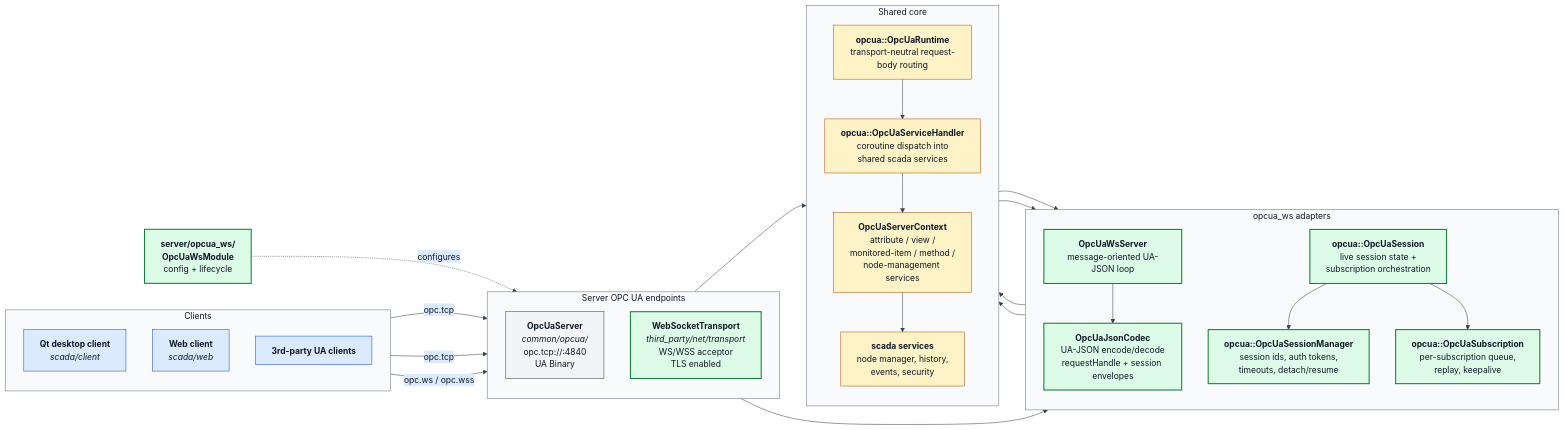
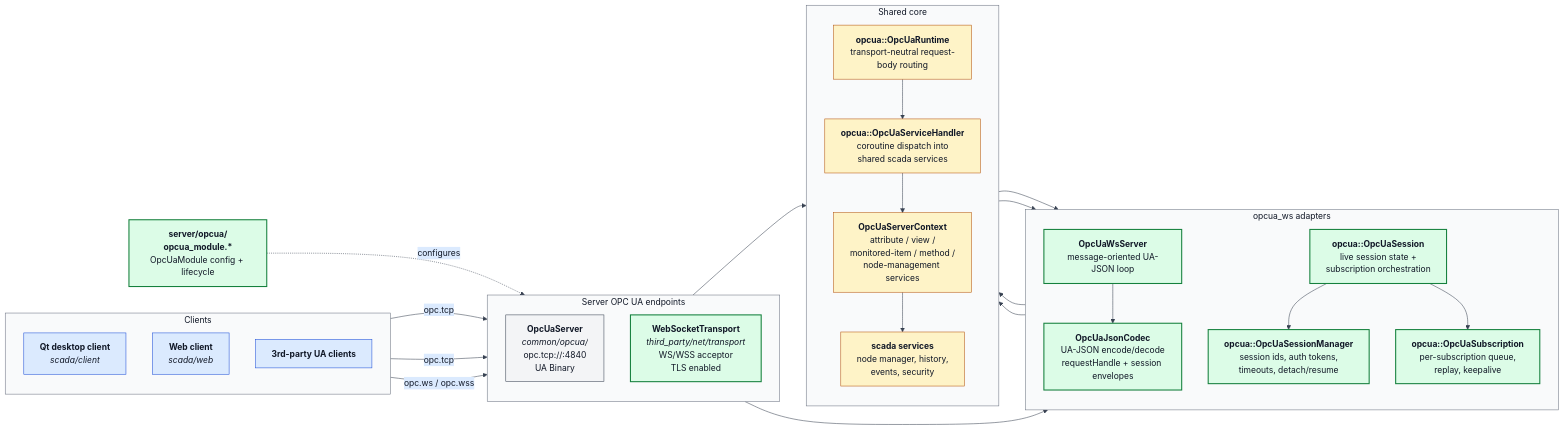
The diagram in docs/opcua_ws_architecture.mmd (alexsmn/scada-common), drawn with Mermaid before and after one commit. The commit also changed 46 other files, not shown here.

```diff
--- a/docs/opcua_ws_architecture.mmd
+++ b/docs/opcua_ws_architecture.mmd
@@ -1,82 +1,82 @@
 %%{init: {
   'theme': 'base',
   'themeVariables': {
     'background': '#ffffff',
     'primaryColor': '#f3f4f6',
     'primaryBorderColor': '#374151',
     'primaryTextColor': '#111827',
     'secondaryColor': '#dbeafe',
     'secondaryBorderColor': '#1d4ed8',
     'secondaryTextColor': '#111827',
     'tertiaryColor': '#fef3c7',
     'tertiaryBorderColor': '#b45309',
     'tertiaryTextColor': '#111827',
     'lineColor': '#374151',
     'defaultLinkColor': '#374151',
     'clusterBkg': '#f9fafb',
     'clusterBorder': '#6b7280',
     'titleColor': '#111827'
   },
   'flowchart': {'htmlLabels': true}
 }}%%
 flowchart LR
     subgraph Clients["Clients"]
         direction TB
         QT["<b>Qt desktop client</b><br/><i>scada/client</i>"]
         WEB["<b>Web client</b><br/><i>scada/web</i>"]
         NATIVE["<b>3rd-party UA clients</b>"]
     end
 
     subgraph Endpoints["Server OPC UA endpoints"]
         direction TB
         TCP["<b>OpcUaServer</b><br/><i>common/opcua/</i><br/>opc.tcp://:4840<br/>UA Binary"]
         WSSOCK["<b>WebSocketTransport</b><br/><i>third_party/net/transport</i><br/>WS/WSS acceptor<br/>TLS enabled"]
     end
 
     subgraph WsInternals["opcua_ws adapters"]
         direction TB
         WS["<b>OpcUaWsServer</b><br/>message-oriented UA-JSON loop"]
         SESS["<b>opcua::OpcUaSession</b><br/>live session state +<br/>subscription orchestration"]
         SMGR["<b>opcua::OpcUaSessionManager</b><br/>session ids, auth tokens,<br/>timeouts, detach/resume"]
         SUB["<b>opcua::OpcUaSubscription</b><br/>per-subscription queue,<br/>replay, keepalive"]
         CODEC["<b>OpcUaJsonCodec</b><br/>UA-JSON encode/decode<br/>requestHandle + session envelopes"]
     end
 
     subgraph Core["Shared core"]
         direction TB
         RT["<b>opcua::OpcUaRuntime</b><br/>transport-neutral request-body routing"]
         HANDLER["<b>opcua::OpcUaServiceHandler</b><br/>coroutine dispatch into<br/>shared scada services"]
         CTX["<b>OpcUaServerContext</b><br/>attribute / view /<br/>monitored-item / method /<br/>node-management services"]
         SVC["<b>scada services</b><br/>node manager, history,<br/>events, security"]
     end
 
-    MOD["<b>server/opcua_ws/<br/>OpcUaWsModule</b><br/>config + lifecycle"]
+    MOD["<b>server/opcua/<br/>opcua_module.*</b><br/>OpcUaModule config + lifecycle"]
 
     QT -->|opc.tcp| TCP
     NATIVE -->|opc.tcp| TCP
     WEB -->|opc.ws / opc.wss| WSSOCK
 
     WSSOCK --> WS
     WS --> CODEC
     WS --> RT
     RT --> SESS
     RT --> SMGR
     RT --> HANDLER
     SESS --> SMGR
     SESS --> SUB
     HANDLER --> CTX
     SMGR --> CTX
 
     TCP --> CTX
     CTX --> SVC
 
     MOD -.configures.-> WSSOCK
 
     classDef clientStyle fill:#dbeafe,stroke:#1d4ed8,color:#111827
     classDef newModule fill:#dcfce7,stroke:#15803d,color:#111827,stroke-width:2px
     classDef existing fill:#f3f4f6,stroke:#374151,color:#111827
     classDef core fill:#fef3c7,stroke:#b45309,color:#111827
     class QT,WEB,NATIVE clientStyle
     class WSSOCK,WS,SESS,SMGR,SUB,CODEC,MOD newModule
     class TCP existing
     class RT,HANDLER,CTX,SVC core
```
